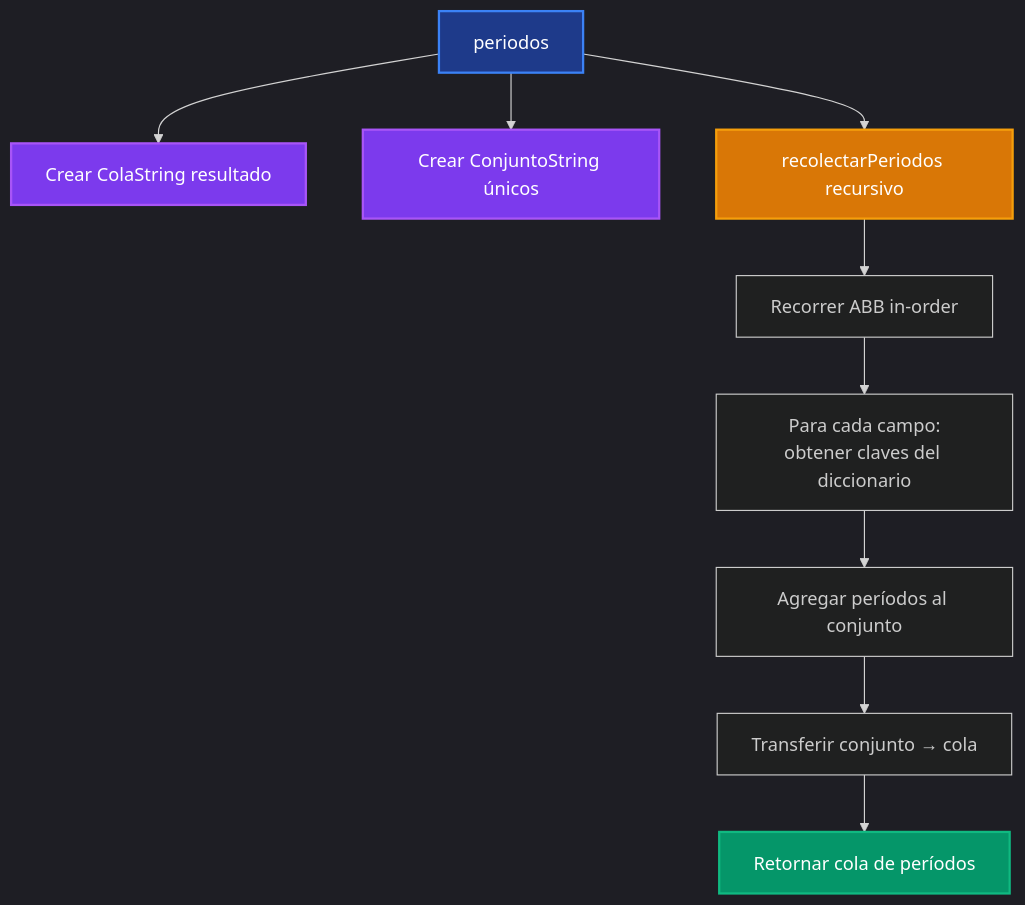
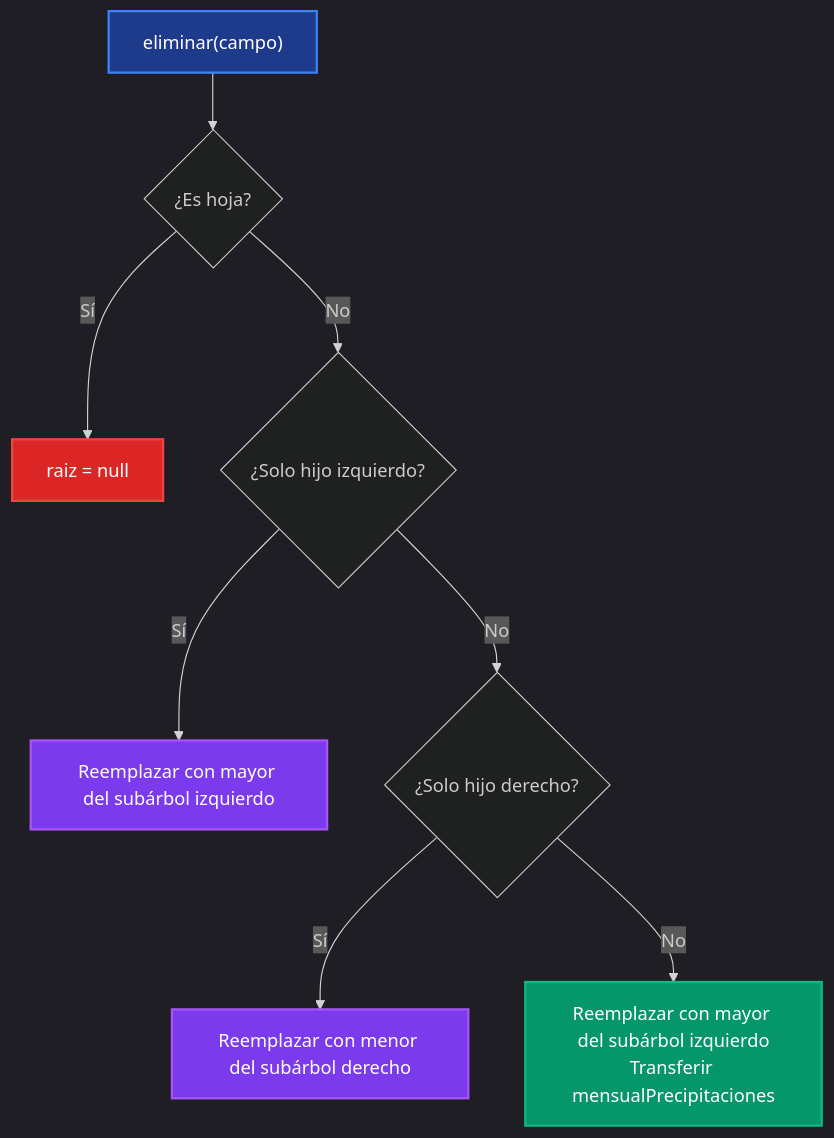
Before and after one commit to pybalt/algo2: the fifth of 17 diagrams in tp-final/README_IMPLEMENTACIONES.md, drawn with Mermaid. The commit also changed other lines of this file, not shown here.

Commit message:
Revise README_IMPLEMENTACIONES.md to update data structure descriptions, enhance diagram clarity, and improve overall organization. Key changes include restructuring sections on data hierarchies, refining hash table explanations, and optimizing visual elements for better readability.

````diff
--- a/tp-final/README_IMPLEMENTACIONES.md
+++ b/tp-final/README_IMPLEMENTACIONES.md
@@ -118,20 +116,17 @@
 ```mermaid
 %%{init: {'theme':'dark'}}%%
 flowchart TD
-    A[periodos] --> B[Crear ColaString resultado]
-    A --> C[Crear ConjuntoString únicos]
-    A --> D[recolectarPeriodos recursivo]
-    
-    D --> E[Recorrer ABB in-order]
-    E --> F[Para cada campo:<br/>obtener claves del diccionario]
-    F --> G[Agregar períodos al conjunto]
-    
-    G --> H[Transferir conjunto → cola]
-    H --> I[Retornar cola de períodos]
+    A["eliminar(campo)"] --> B{¿Es hoja?}
+    B -->|Sí| C["raiz = null"]
+    B -->|No| D{¿Solo hijo izquierdo?}
+    D -->|Sí| E["Reemplazar con mayor del subárbol izquierdo"]
+    D -->|No| F{¿Solo hijo derecho?}
+    F -->|Sí| G["Reemplazar con menor del subárbol derecho"]
+    F -->|No| H["Reemplazar con mayor del subárbol izquierdo<br/>Transferir mensualPrecipitaciones"]
     
     style A fill:#1e3a8a,stroke:#3b82f6,stroke-width:2px,color:#fff
-    style B fill:#7c3aed,stroke:#a855f7,stroke-width:2px,color:#fff
-    style C fill:#7c3aed,stroke:#a855f7,stroke-width:2px,color:#fff
-    style D fill:#d97706,stroke:#f59e0b,stroke-width:2px,color:#fff
-    style I fill:#059669,stroke:#10b981,stroke-width:2px,color:#fff
+    style C fill:#dc2626,stroke:#ef4444,stroke-width:2px,color:#fff
+    style E fill:#7c3aed,stroke:#a855f7,stroke-width:2px,color:#fff
+    style G fill:#7c3aed,stroke:#a855f7,stroke-width:2px,color:#fff
+    style H fill:#059669,stroke:#10b981,stroke-width:2px,color:#fff
 ```
````
